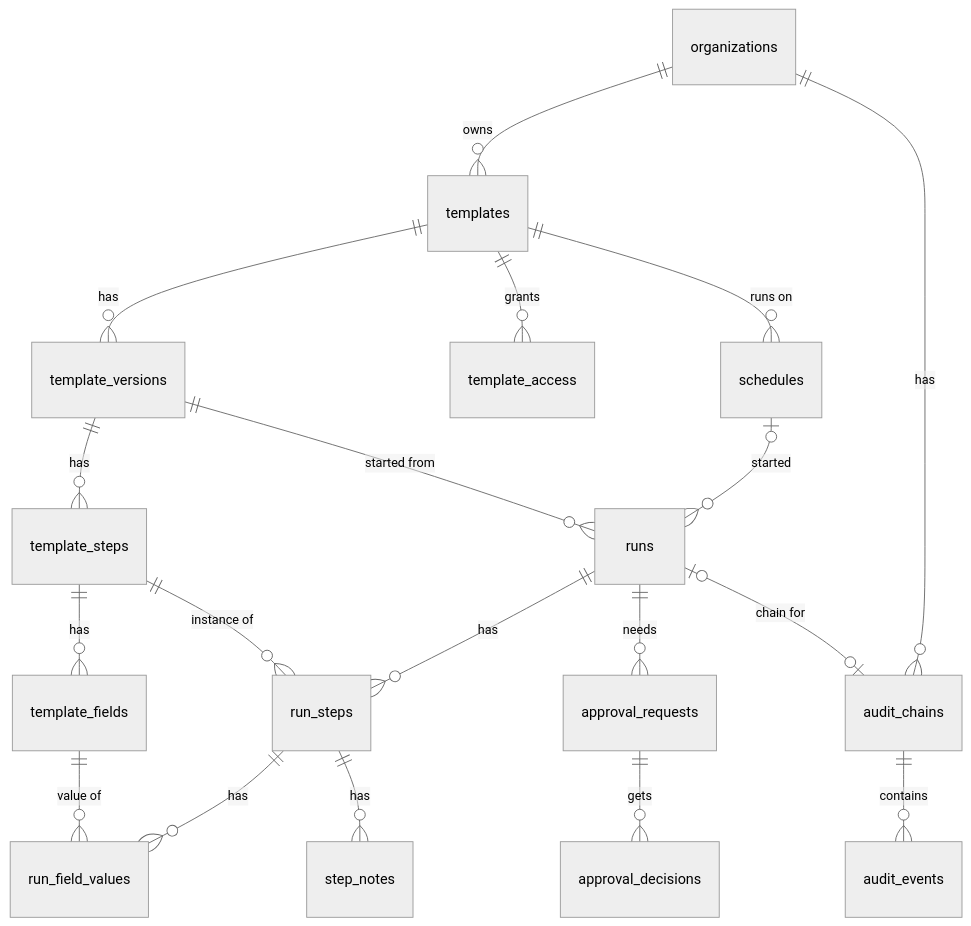
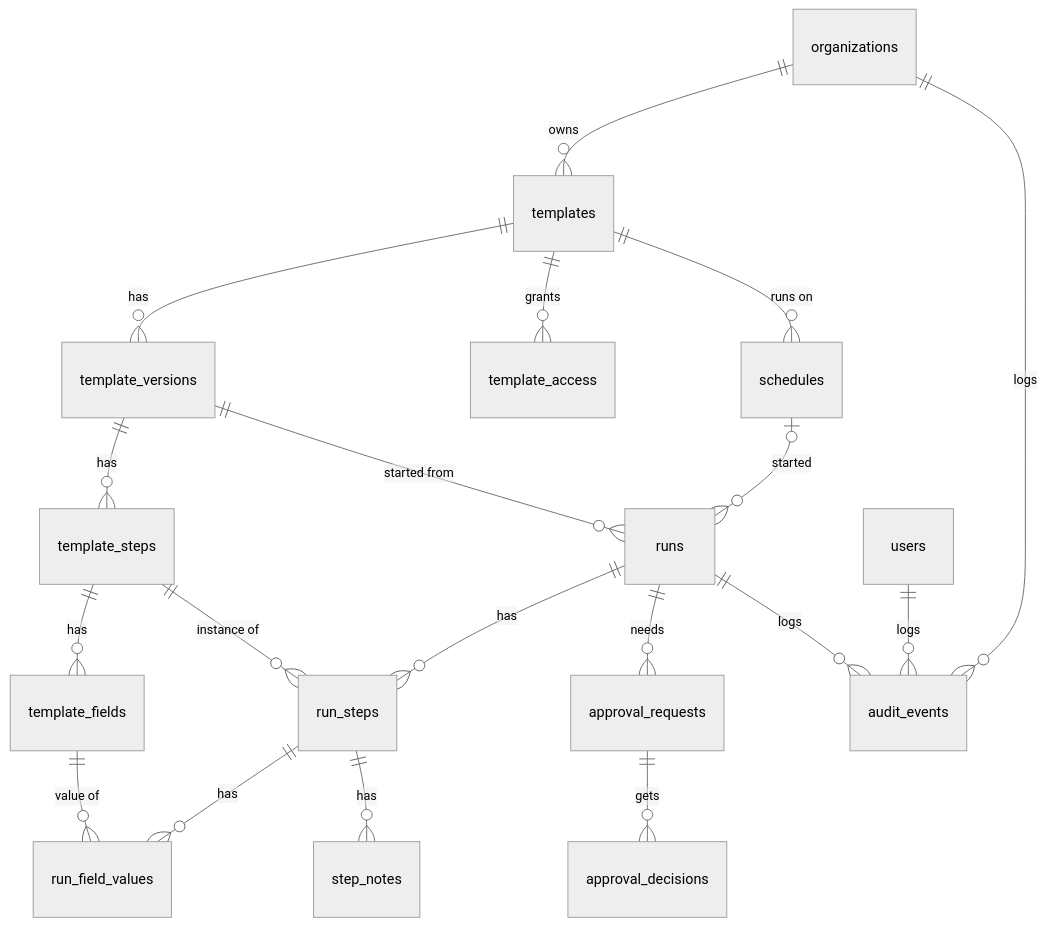
One commit to binaryoverload/checklog changed the diagram in docs/plans/db-structure.md. Above: the diagram before and after it, drawn with Mermaid (neutral theme). The commit also changed other lines of this file and 3 other files, not shown here.

Commit message:
docs: replace audit hash chains with an append-only table

````diff
--- a/docs/plans/db-structure.md
+++ b/docs/plans/db-structure.md
@@ -127,21 +126,21 @@
 ```mermaid
 erDiagram
   organizations ||--o{ templates : owns
   templates ||--o{ template_versions : has
   template_versions ||--o{ template_steps : has
   template_steps ||--o{ template_fields : has
   templates ||--o{ template_access : grants
   templates ||--o{ schedules : "runs on"
   template_versions ||--o{ runs : "started from"
   schedules |o--o{ runs : started
   runs ||--o{ run_steps : has
   template_steps ||--o{ run_steps : "instance of"
   run_steps ||--o{ run_field_values : has
   template_fields ||--o{ run_field_values : "value of"
   run_steps ||--o{ step_notes : has
   runs ||--o{ approval_requests : needs
   approval_requests ||--o{ approval_decisions : gets
-  organizations ||--o{ audit_chains : has
-  runs |o--o| audit_chains : "chain for"
-  audit_chains ||--o{ audit_events : contains
+  organizations ||--o{ audit_events : logs
+  runs ||--o{ audit_events : logs
+  users ||--o{ audit_events : logs
 ```
````
